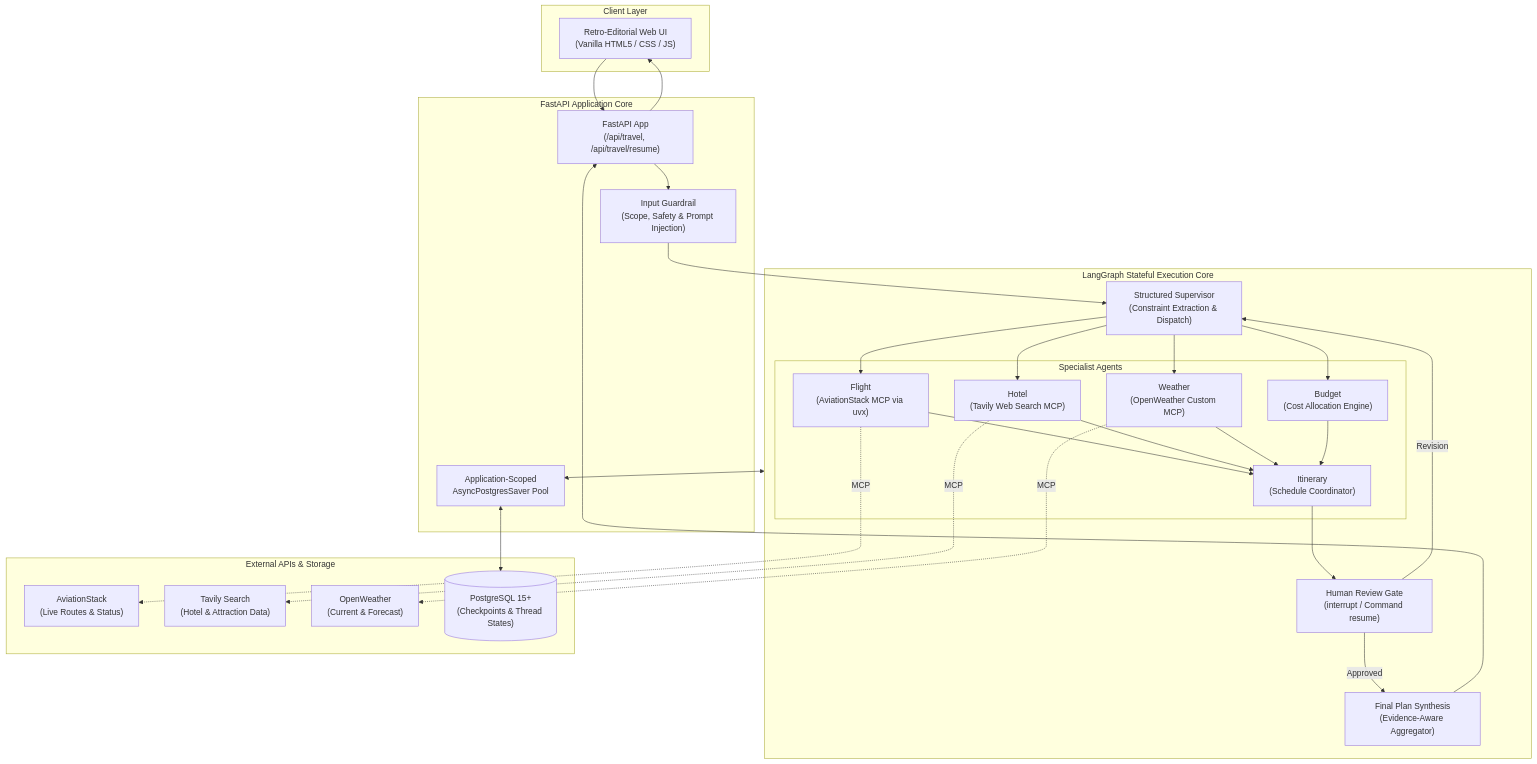
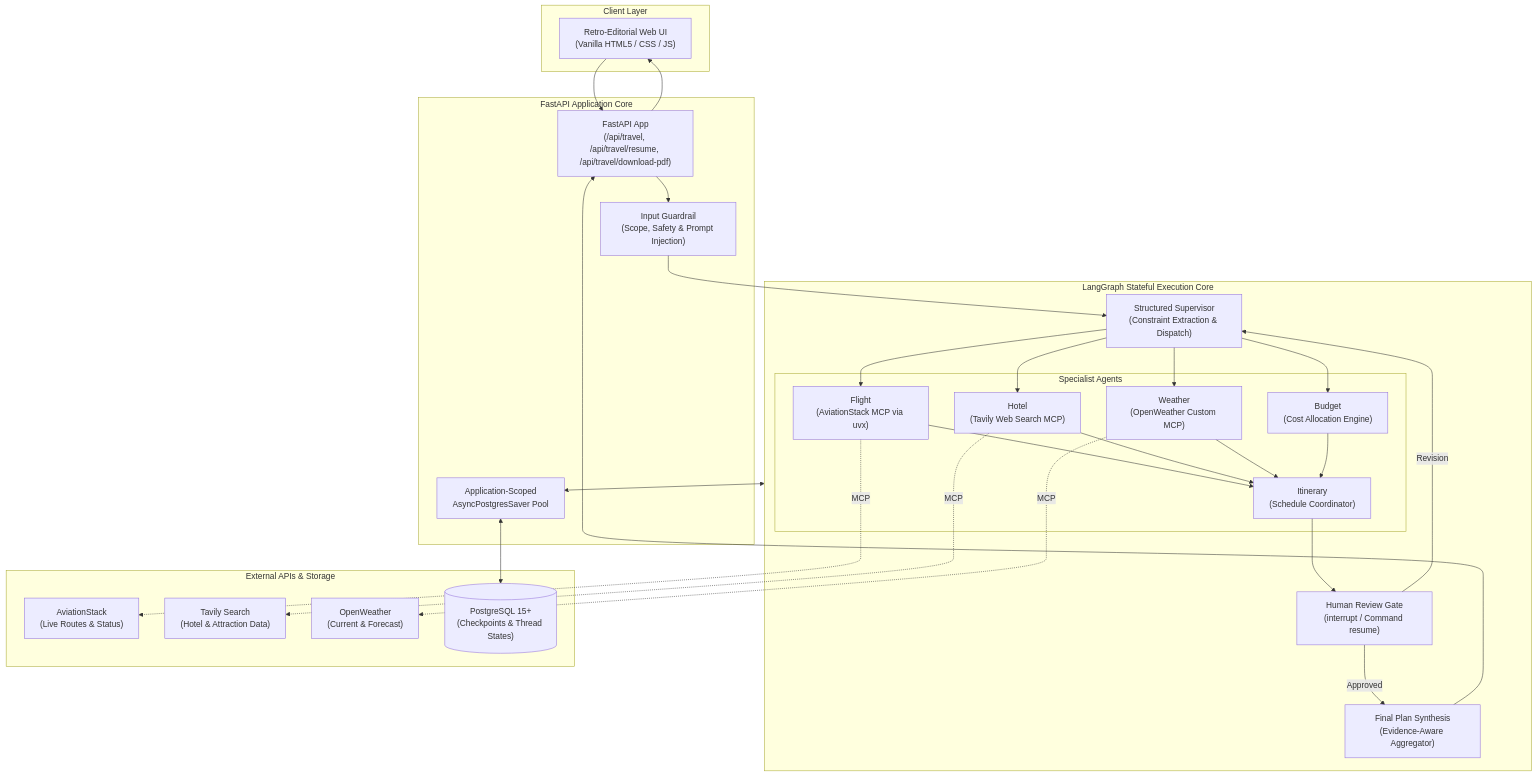
Before and after one commit to tusharg007/TripBandhu: the diagram in README.md, drawn with Mermaid. The commit also changed other lines of this file and 12 other files, not shown here.

````diff
--- a/README.md
+++ b/README.md
@@ -55,42 +55,42 @@
 ```mermaid
 flowchart TB
     subgraph ClientLayer ["Client Layer"]
         UI["Retro-Editorial Web UI\n(Vanilla HTML5 / CSS / JS)"]
     end
 
     subgraph FastAPILayer ["FastAPI Application Core"]
-        API["FastAPI App\n(/api/travel, /api/travel/resume)"]
+        API["FastAPI App\n(/api/travel, /api/travel/resume, /api/travel/download-pdf)"]
         Guard["Input Guardrail\n(Scope, Safety & Prompt Injection)"]
         Pool["Application-Scoped\nAsyncPostgresSaver Pool"]
     end
 
     subgraph LangGraphCore ["LangGraph Stateful Execution Core"]
         Supervisor["Structured Supervisor\n(Constraint Extraction & Dispatch)"]
         subgraph Specialists ["Specialist Agents"]
             Flight["Flight\n(AviationStack MCP via uvx)"]
             Hotel["Hotel\n(Tavily Web Search MCP)"]
             Weather["Weather\n(OpenWeather Custom MCP)"]
             Budget["Budget\n(Cost Allocation Engine)"]
             Itinerary["Itinerary\n(Schedule Coordinator)"]
         end
         HITL["Human Review Gate\n(interrupt / Command resume)"]
         Synthesis["Final Plan Synthesis\n(Evidence-Aware Aggregator)"]
     end
 
     subgraph External ["External APIs & Storage"]
         AS["AviationStack\n(Live Routes & Status)"]
         TV["Tavily Search\n(Hotel & Attraction Data)"]
         OW["OpenWeather\n(Current & Forecast)"]
         PG[("PostgreSQL 15+\n(Checkpoints & Thread States)")]
     end
 
     UI --> API --> Guard --> Supervisor
     Supervisor --> Flight & Hotel & Weather & Budget --> Itinerary --> HITL
     HITL -->|Approved| Synthesis --> API --> UI
     HITL -->|Revision| Supervisor
     Flight -.->|MCP| AS
     Hotel -.->|MCP| TV
     Weather -.->|MCP| OW
     Pool <--> PG
     LangGraphCore <--> Pool
 ```
````
